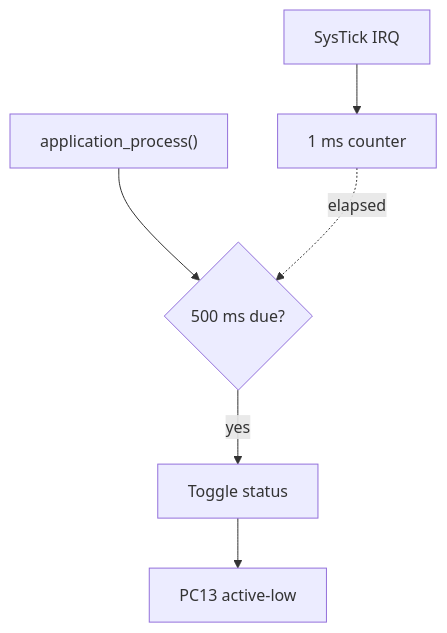
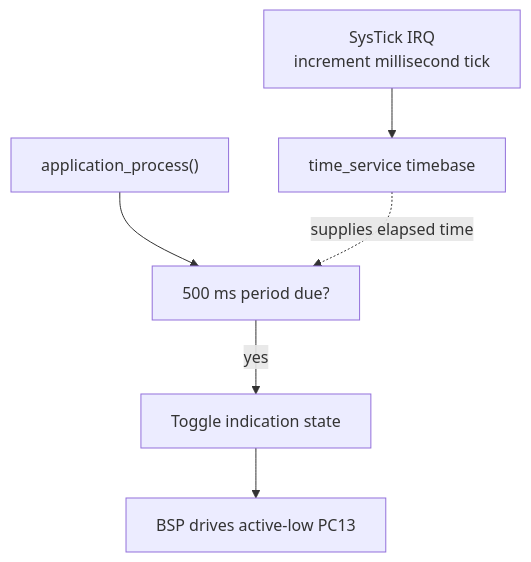
One commit to haikevins/stm32f1-spl-procedural-baremetal changed the diagram in 01-blink-led/README.md. Above: the diagram before and after it, drawn with Mermaid. The commit also changed 16 other files, not shown here.

````diff
--- a/01-blink-led/README.md
+++ b/01-blink-led/README.md
@@ -70,8 +70,8 @@
 ```mermaid
 flowchart TB
-    TICK["SysTick IRQ"] --> TIME["1 ms counter"]
-    APP["application_process()"] --> DUE{"500 ms due?"}
-    TIME -. elapsed .-> DUE
-    DUE -->|"yes"| TOGGLE["Toggle status"]
-    TOGGLE --> LED["PC13 active-low"]
+    TICK["SysTick IRQ<br/>increment millisecond tick"] --> TIME["time_service timebase"]
+    APP["application_process()"] --> DUE["500 ms period due?"]
+    TIME -. supplies elapsed time .-> DUE
+    DUE -->|"yes"| TOGGLE["Toggle indication state"]
+    TOGGLE --> LED["BSP drives active-low PC13"]
 ```
````
